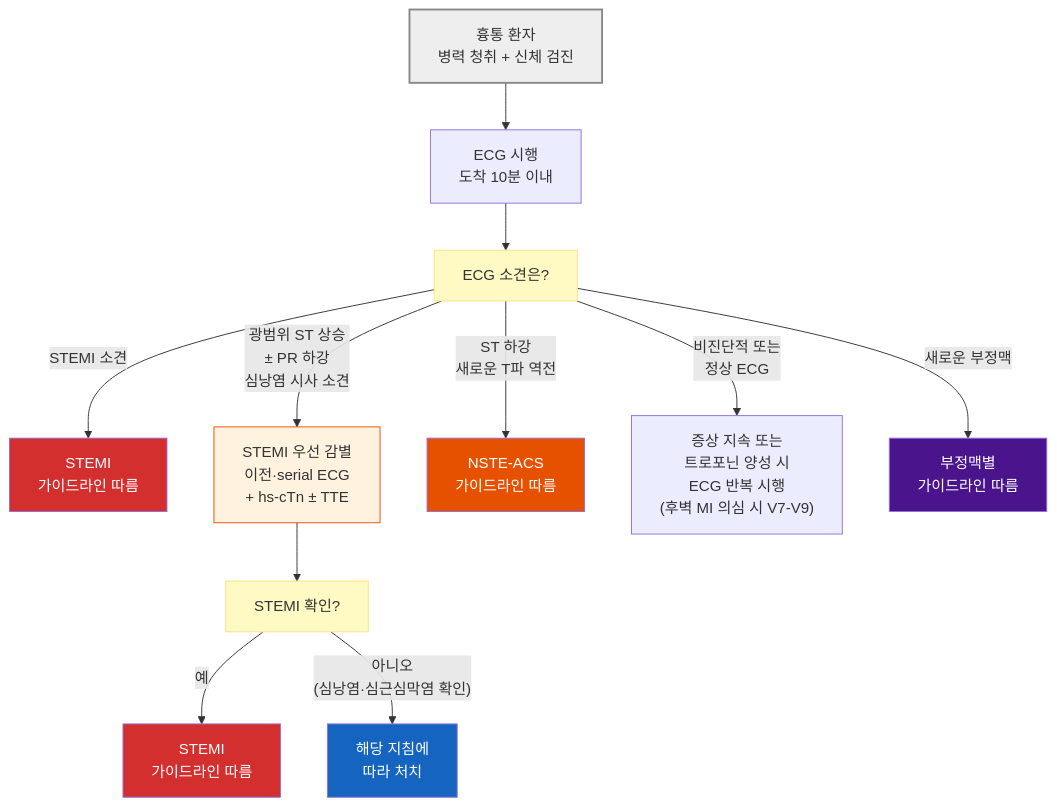
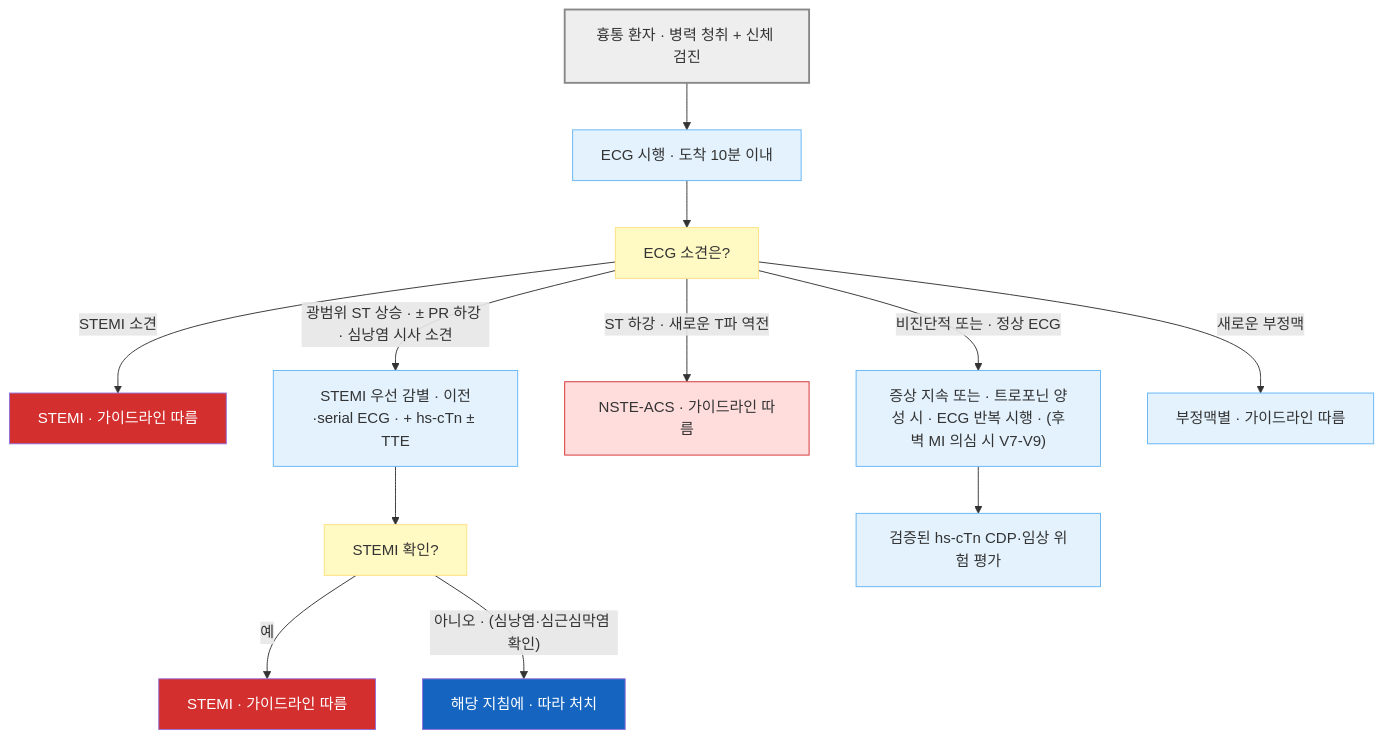
The first of 2 diagrams in 220_/002_-chest-pain.md (familyoh77/familyoh77), drawn with Mermaid before and after one commit. The commit also changed other lines of this file and 13 other files, not shown here.

````diff
--- a/220_/002_-chest-pain.md
+++ b/220_/002_-chest-pain.md
@@ -130,23 +130,27 @@
 ```mermaid
 flowchart TD
-    A["흉통 환자<br>병력 청취 + 신체 검진"] --> B["ECG 시행<br>도착 10분 이내"]
+    A["흉통 환자 · 병력 청취 + 신체 검진"] --> B["ECG 시행 · 도착 10분 이내"]
     B --> C["ECG 소견은?"]
-    C -->|"STEMI 소견"| N["STEMI<br>가이드라인 따름"]
-    C -->|"광범위 ST 상승<br>± PR 하강<br>심낭염 시사 소견"| G["STEMI 우선 감별<br>이전·serial ECG<br>+ hs-cTn ± TTE"]
-    C -->|"ST 하강<br>새로운 T파 역전"| H["NSTE-ACS<br>가이드라인 따름"]
-    C -->|"비진단적 또는<br>정상 ECG"| E["증상 지속 또는<br>트로포닌 양성 시<br>ECG 반복 시행<br>(후벽 MI 의심 시 V7-V9)"]
-    C -->|"새로운 부정맥"| M["부정맥별<br>가이드라인 따름"]
+    C -- "STEMI 소견" --> N["STEMI · 가이드라인 따름"]
+    C -- "광범위 ST 상승 · ± PR 하강 · 심낭염 시사 소견" --> G["`STEMI 우선 감별 · 이전·serial ECG · + hs-cTn ± TTE`"]
+    C -- "ST 하강 · 새로운 T파 역전" --> H["NSTE-ACS · 가이드라인 따름"]
+    C -- "비진단적 또는 · 정상 ECG" --> E["`증상 지속 또는 · 트로포닌 양성 시 · ECG 반복 시행 · (후벽 MI 의심 시 V7-V9)`"]
+    C -- "새로운 부정맥" --> M["부정맥별 · 가이드라인 따름"]
     G --> Q["STEMI 확인?"]
-    Q -->|"예"| N1["STEMI<br>가이드라인 따름"]
-    Q -->|"아니오<br>(심낭염·심근심막염 확인)"| P["해당 지침에<br>따라 처치"]
+    Q -- "예" --> N1["STEMI · 가이드라인 따름"]
+    Q -- "아니오 · (심낭염·심근심막염 확인)" --> P["해당 지침에 · 따라 처치"]
+    E --> T["검증된 hs-cTn CDP·임상 위험 평가"]
+    style E fill:#e3f2fd,stroke:#64b5f6
+    style T fill:#e3f2fd,stroke:#64b5f6
+    style B fill:#e3f2fd,stroke:#64b5f6
     style N fill:#d32f2f,color:#fff
     style N1 fill:#d32f2f,color:#fff
     style Q fill:#fff9c4,stroke:#ffe082
     style C fill:#fff9c4,stroke:#ffe082
-    style H fill:#e65100,color:#fff
-    style G fill:#fff3e0,stroke:#e65100
+    style H fill:#ffdddd,stroke:#d32f2f
+    style G fill:#e3f2fd,stroke:#64b5f6
     style P fill:#1565c0,color:#fff
-    style M fill:#4a148c,color:#fff
+    style M fill:#e3f2fd,stroke:#64b5f6
 
     style A fill:#eeeeee,stroke:#888888,stroke-width:2px
 ```
````
